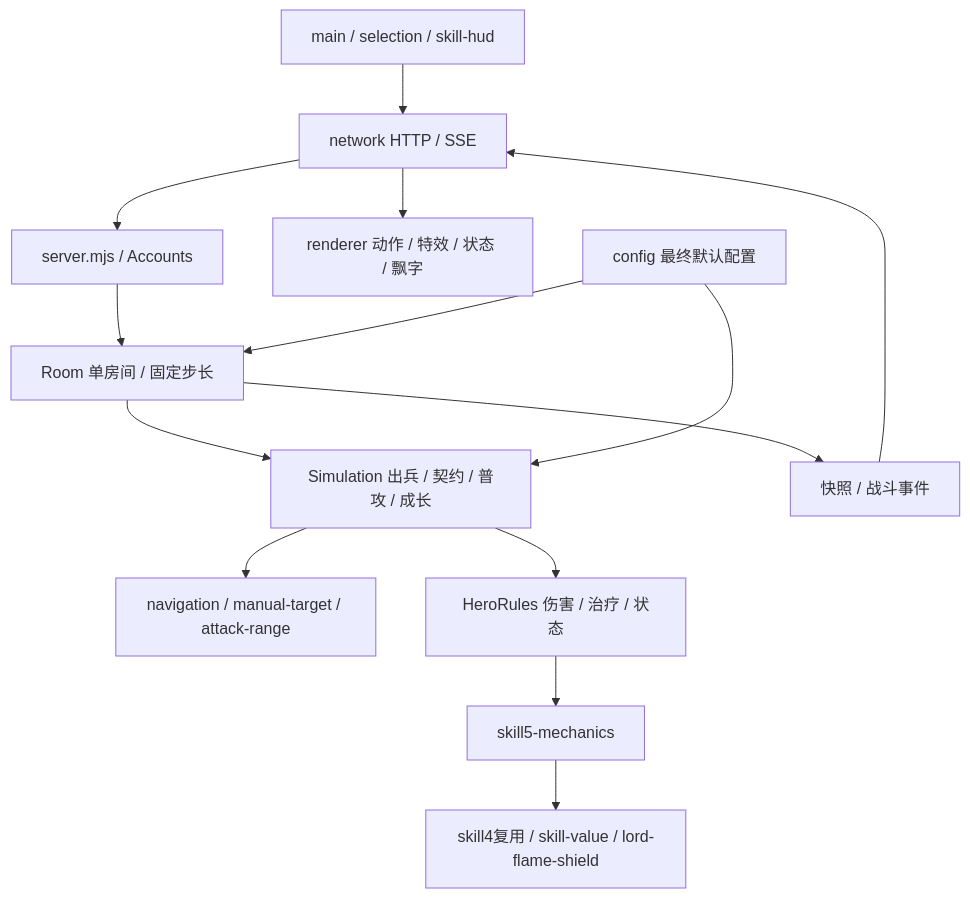
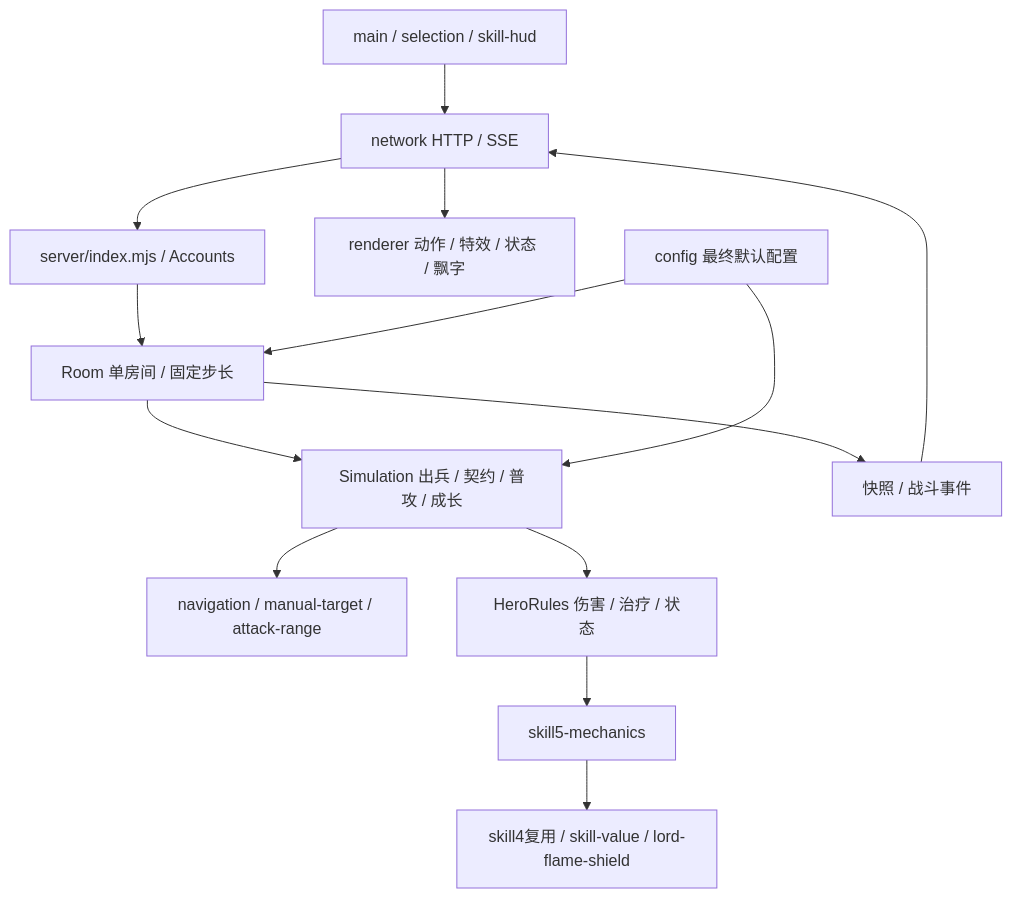
One commit to yexiaotingonemt-jpg/magic-siege-skill5 changed the diagram in docs/architecture/README.md. Above: the diagram before and after it, drawn with Mermaid. The commit also changed 263 other files, not shown here.

````diff
--- a/docs/architecture/README.md
+++ b/docs/architecture/README.md
@@ -19,16 +19,16 @@
 ```mermaid
 flowchart TD
   Browser[main / selection / skill-hud] --> Network[network HTTP / SSE]
-  Network --> HTTP[server.mjs / Accounts]
+  Network --> HTTP[server/index.mjs / Accounts]
   HTTP --> Room[Room 单房间 / 固定步长]
   Room --> Sim[Simulation 出兵 / 契约 / 普攻 / 成长]
   Sim --> Nav[navigation / manual-target / attack-range]
   Sim --> Rules[HeroRules 伤害 / 治疗 / 状态]
   Rules --> Skill5[skill5-mechanics]
   Skill5 --> Shared[skill4复用 / skill-value / lord-flame-shield]
   Room --> Snapshot[快照 / 战斗事件]
   Snapshot --> Network
   Network --> Render[renderer 动作 / 特效 / 状态 / 飘字]
   Config[config 最终默认配置] --> Room
   Config --> Sim
 ```
````
